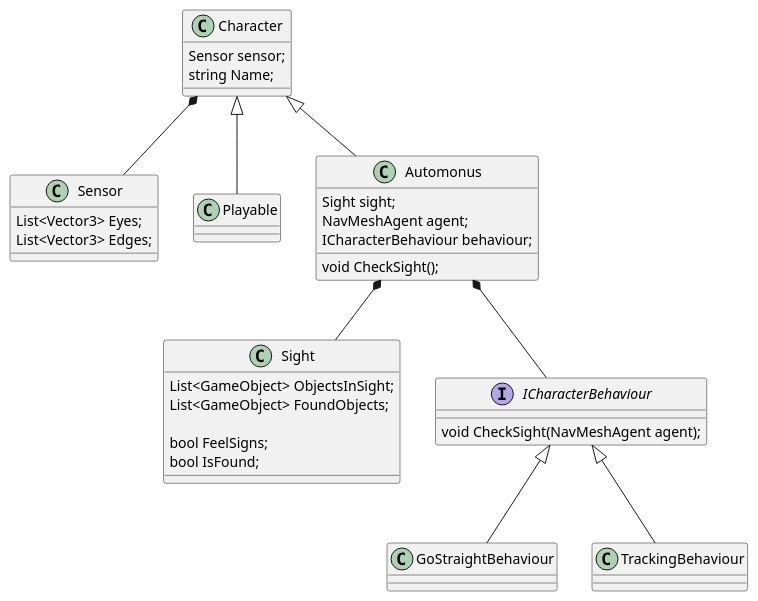
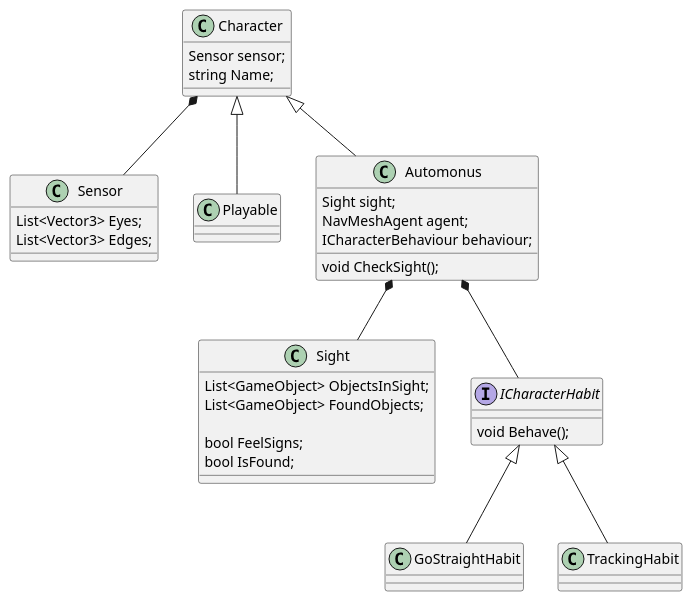
The diagram in PROGRAM_DESIGN.md (shimomuh/prototype-sneaking), drawn with PlantUML before and after one commit. The commit also changed 17 other files, not shown here.

````diff
--- a/PROGRAM_DESIGN.md
+++ b/PROGRAM_DESIGN.md
@@ -7,54 +7,54 @@
 ```uml
 @startuml
 
 class Character {
   Sensor sensor;
   string Name;
 }
 
 class Sensor {
   List<Vector3> Eyes;
   List<Vector3> Edges;
 }
 
 Character *-- Sensor
 
 class Playable {
 }
 
 class Automonus {
   Sight sight;
   NavMeshAgent agent;
   ICharacterBehaviour behaviour;
 
   void CheckSight();
 }
 
 Character <|-- Playable
 Character <|-- Automonus
 
 class Sight {
   List<GameObject> ObjectsInSight;
   List<GameObject> FoundObjects;
 
   bool FeelSigns;
   bool IsFound;
 }
 
 Automonus *-- Sight
 
-interface ICharacterBehaviour {
-  void CheckSight(NavMeshAgent agent);
+interface ICharacterHabit {
+  void Behave();
 }
 
-Automonus *-- ICharacterBehaviour
+Automonus *-- ICharacterHabit
 
-class GoStraightBehaviour {}
+class GoStraightHabit {}
 
-class TrackingBehaviour {}
+class TrackingHabit {}
 
-ICharacterBehaviour <|-- GoStraightBehaviour
-ICharacterBehaviour <|-- TrackingBehaviour
+ICharacterHabit <|-- GoStraightHabit
+ICharacterHabit <|-- TrackingHabit
 
 @enduml
 ```
````
